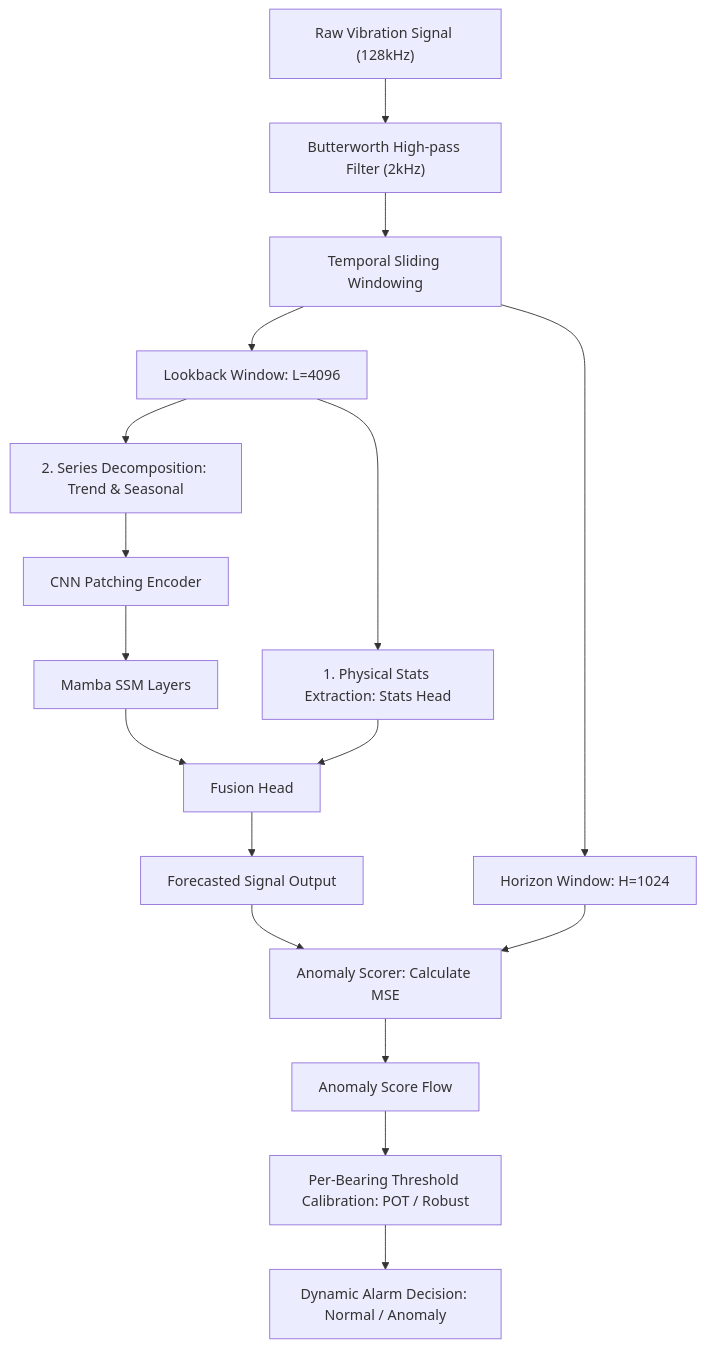
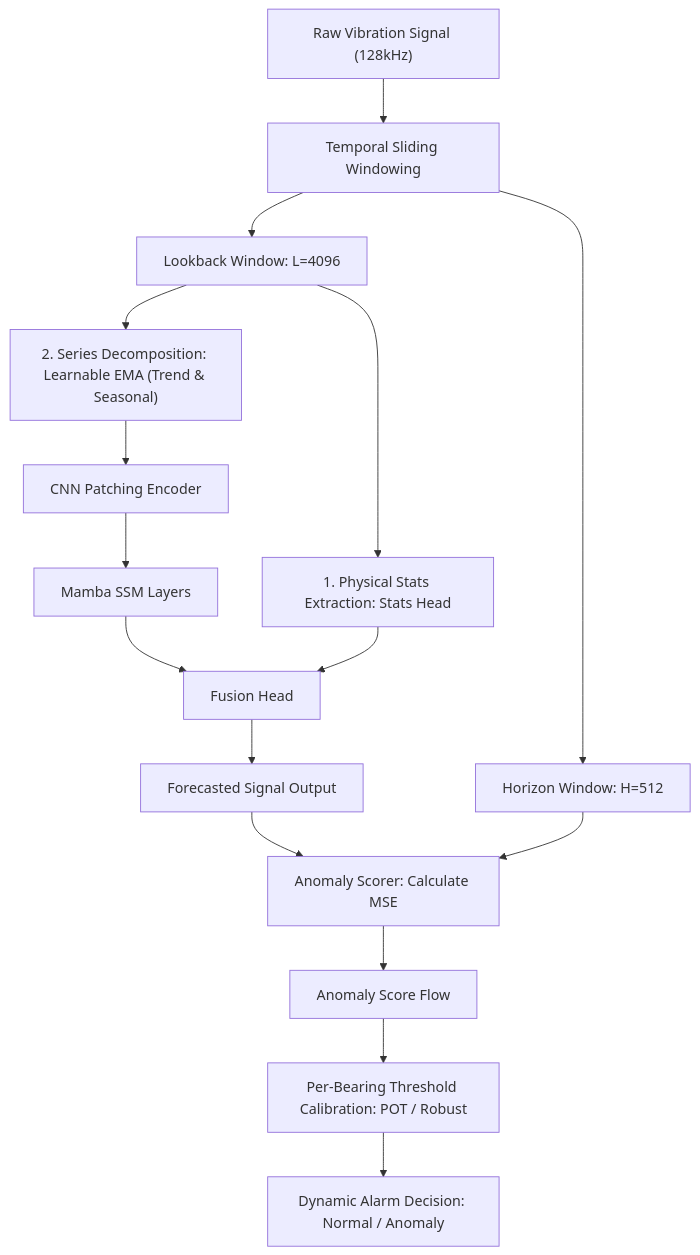
Before and after one commit to NCKH-LongT/PhyDecoMamba: the diagram in source_code_description.md, drawn with Mermaid. The commit also changed other lines of this file and 2 other files, not shown here.

Commit message:
feat: add Tech Science Press LaTeX template and update project documentation

````diff
--- a/source_code_description.md
+++ b/source_code_description.md
@@ -75,23 +75,22 @@
 ```mermaid
 graph TD
-    A["Raw Vibration Signal (128kHz)"] --> B["Butterworth High-pass Filter (2kHz)"]
-    B --> C[Temporal Sliding Windowing]
+    A["Raw Vibration Signal (128kHz)"] --> C[Temporal Sliding Windowing]
     C --> D["Lookback Window: L=4096"]
-    C --> E["Horizon Window: H=1024"]
+    C --> E["Horizon Window: H=512"]
     
     D --> F["1. Physical Stats Extraction: Stats Head"]
-    D --> G["2. Series Decomposition: Trend & Seasonal"]
+    D --> G["2. Series Decomposition: Learnable EMA (Trend & Seasonal)"]
     
     G --> H[CNN Patching Encoder]
     H --> I[Mamba SSM Layers]
     
     I --> J[Fusion Head]
     F --> J
     
     J --> K[Forecasted Signal Output]
     K & E --> L["Anomaly Scorer: Calculate MSE"]
     
     L --> M[Anomaly Score Flow]
     M --> N["Per-Bearing Threshold Calibration: POT / Robust"]
     N --> O[Dynamic Alarm Decision: Normal / Anomaly]
 ```
````
